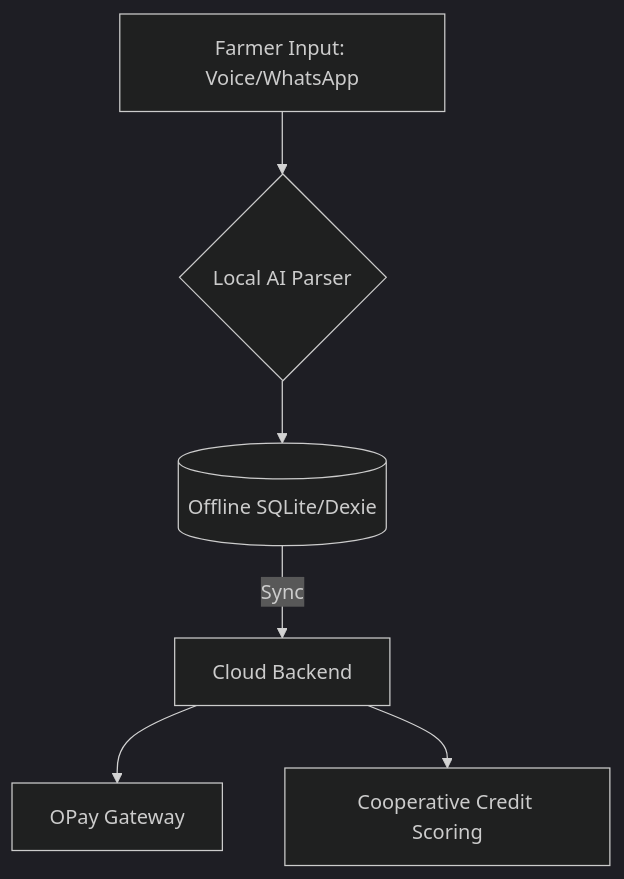
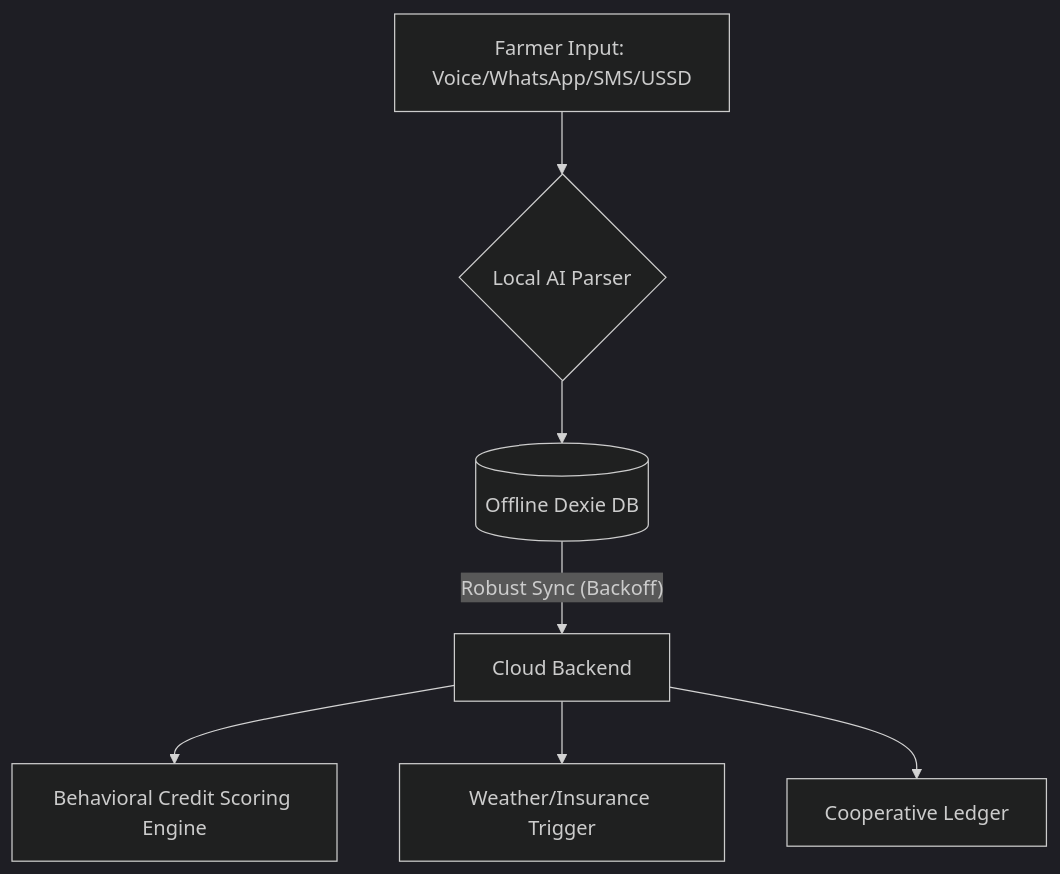
Before and after one commit to dukeoghenefejiroduke/YieldIQ: the diagram in README.md, drawn with Mermaid (dark theme). The commit also changed other lines of this file and 20 other files, not shown here.

````diff
--- a/README.md
+++ b/README.md
@@ -23,8 +23,9 @@
 ```mermaid
 graph TD
-    A[Farmer Input: Voice/WhatsApp] --> B{Local AI Parser}
-    B --> C[(Offline SQLite/Dexie)]
-    C -- Sync --> D[Cloud Backend]
-    D --> E[OPay Gateway]
-    D --> F[Cooperative Credit Scoring]
+    A[Farmer Input: Voice/WhatsApp/SMS/USSD] --> B{Local AI Parser}
+    B --> C[(Offline Dexie DB)]
+    C -- Robust Sync (Backoff) --> D[Cloud Backend]
+    D --> E[Behavioral Credit Scoring Engine]
+    D --> F[Weather/Insurance Trigger]
+    D --> G[Cooperative Ledger]
 ```
````
